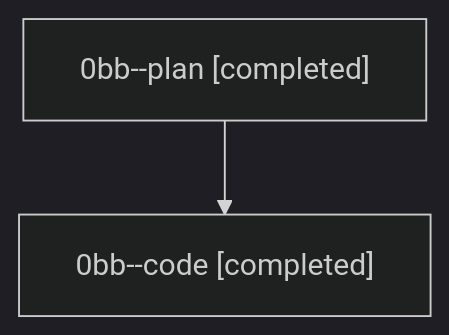
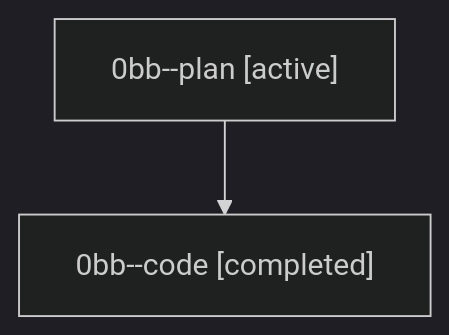
One commit to sase-org/sase--agents changed the diagram in families/bbugyi200.athena.0bb.md. Above: the diagram before and after it, drawn with Mermaid (dark theme). The commit also changed other lines of this file and 35830 other files, not shown here.

````diff
--- a/families/bbugyi200.athena.0bb.md
+++ b/families/bbugyi200.athena.0bb.md
@@ -9,6 +9,6 @@
 ```mermaid
 flowchart TD
-  n0["0bb--plan [completed]"]
+  n0["0bb--plan [active]"]
   n1["0bb--code [completed]"]
   n0 --> n1
 ```
````
